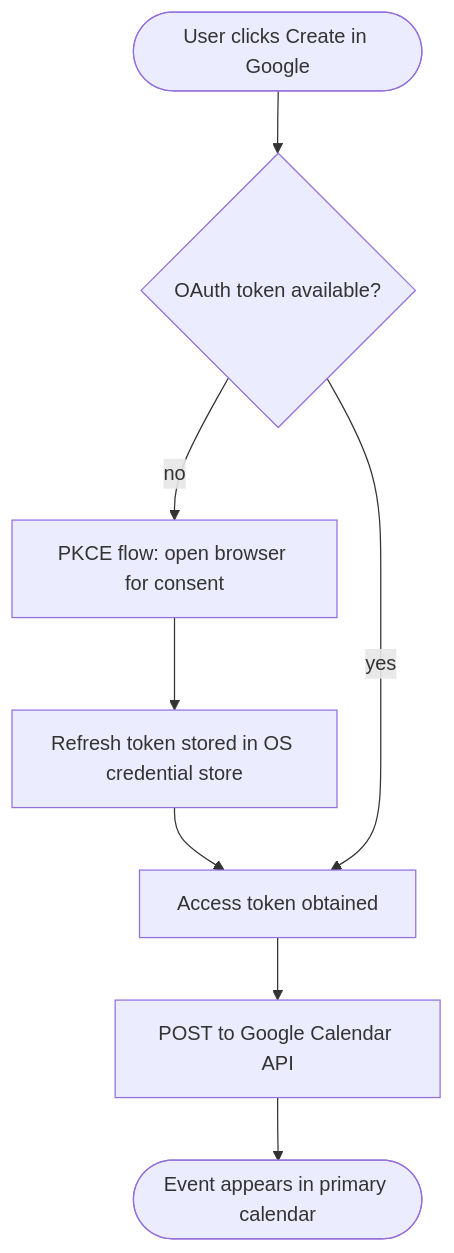
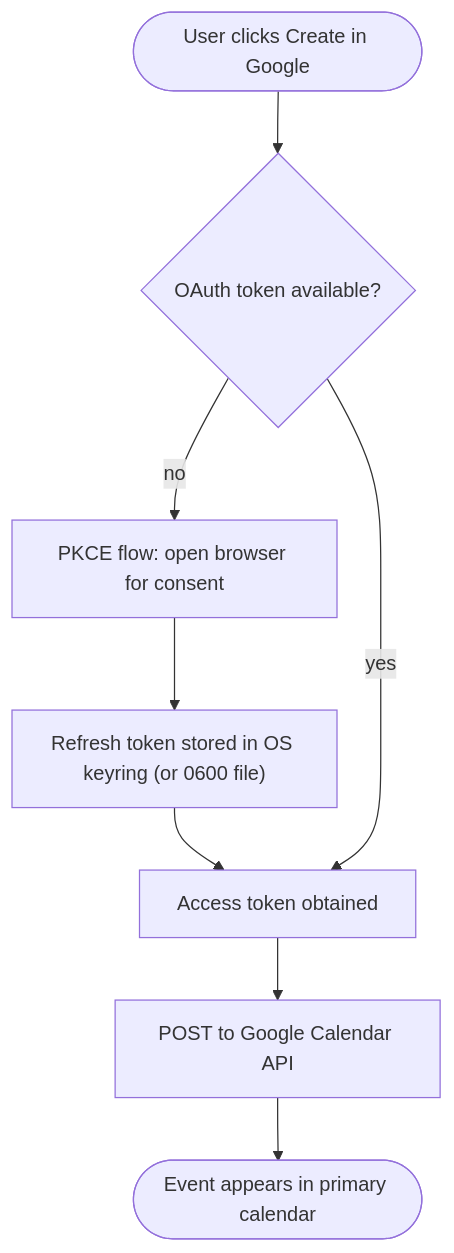
Before and after one commit to eikrad/Job-Tracker: the seventh of 8 diagrams in docs/architecture.md, drawn with Mermaid. The commit also changed other lines of this file and 5 other files, not shown here.

````diff
--- a/docs/architecture.md
+++ b/docs/architecture.md
@@ -183,10 +197,10 @@
 ```mermaid
 flowchart TD
     A([User clicks Create in Google]) --> B{OAuth token available?}
     B -->|no| C[PKCE flow: open browser for consent]
-    C --> D[Refresh token stored in OS credential store]
+    C --> D["Refresh token stored in OS keyring (or 0600 file)"]
     D --> E[Access token obtained]
     B -->|yes| E
     E --> F[POST to Google Calendar API]
     F --> G([Event appears in primary calendar])
 ```
````
